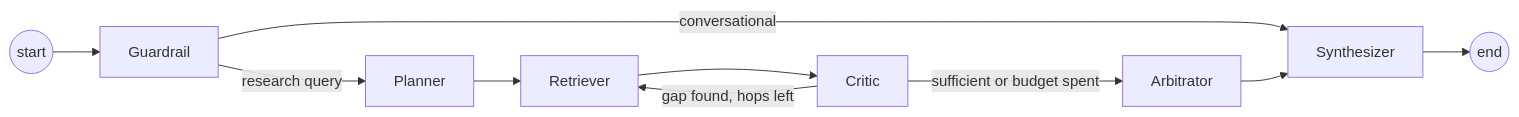
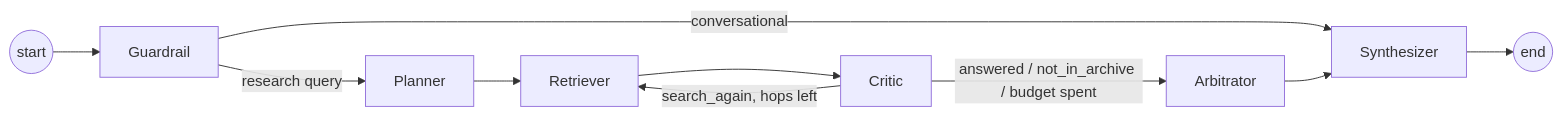
The second of 3 diagrams in docs/architecture.md (NayanthaNethsara/Hermes), drawn with Mermaid before and after one commit. The commit also changed other lines of this file and 8 other files, not shown here.

````diff
--- a/docs/architecture.md
+++ b/docs/architecture.md
@@ -66,12 +66,12 @@
 ```mermaid
 flowchart LR
     START(("start")) --> GR["Guardrail"]
     GR -->|conversational| SY["Synthesizer"]
     GR -->|research query| PL["Planner"]
     PL --> RT["Retriever"]
     RT --> CR["Critic"]
-    CR -->|"gap found, hops left"| RT
-    CR -->|"sufficient or budget spent"| AR["Arbitrator"]
+    CR -->|"search_again, hops left"| RT
+    CR -->|"answered / not_in_archive / budget spent"| AR["Arbitrator"]
     AR --> SY
     SY --> FIN(("end"))
 ```
````
